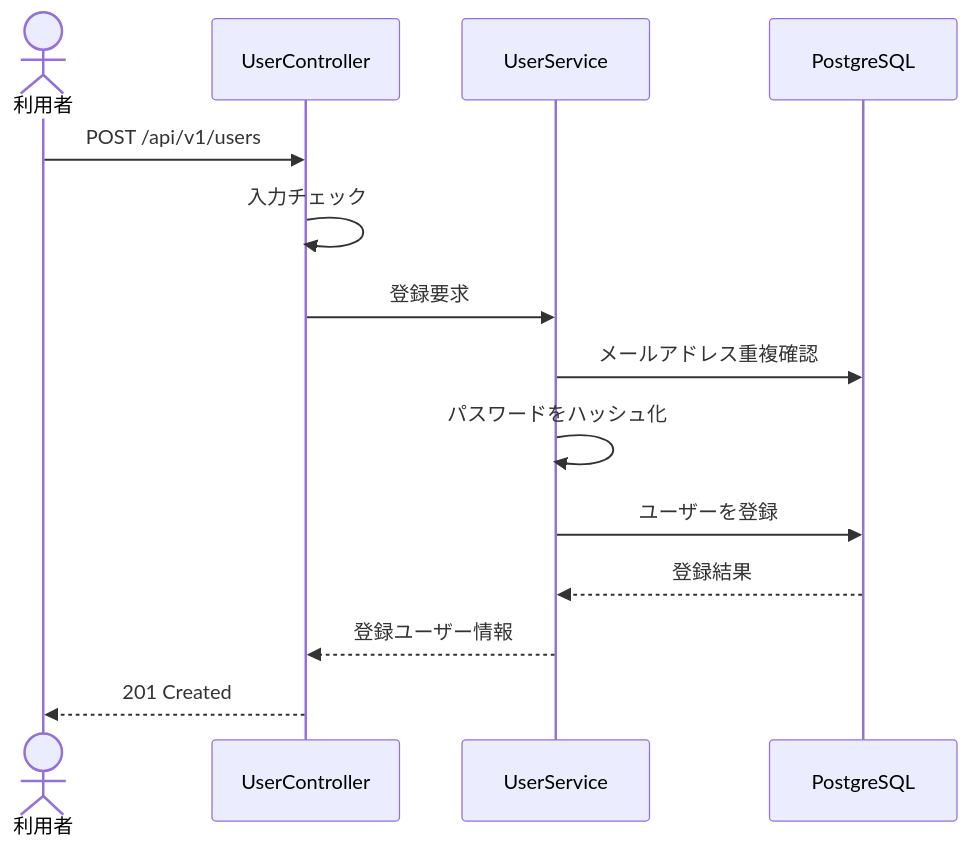
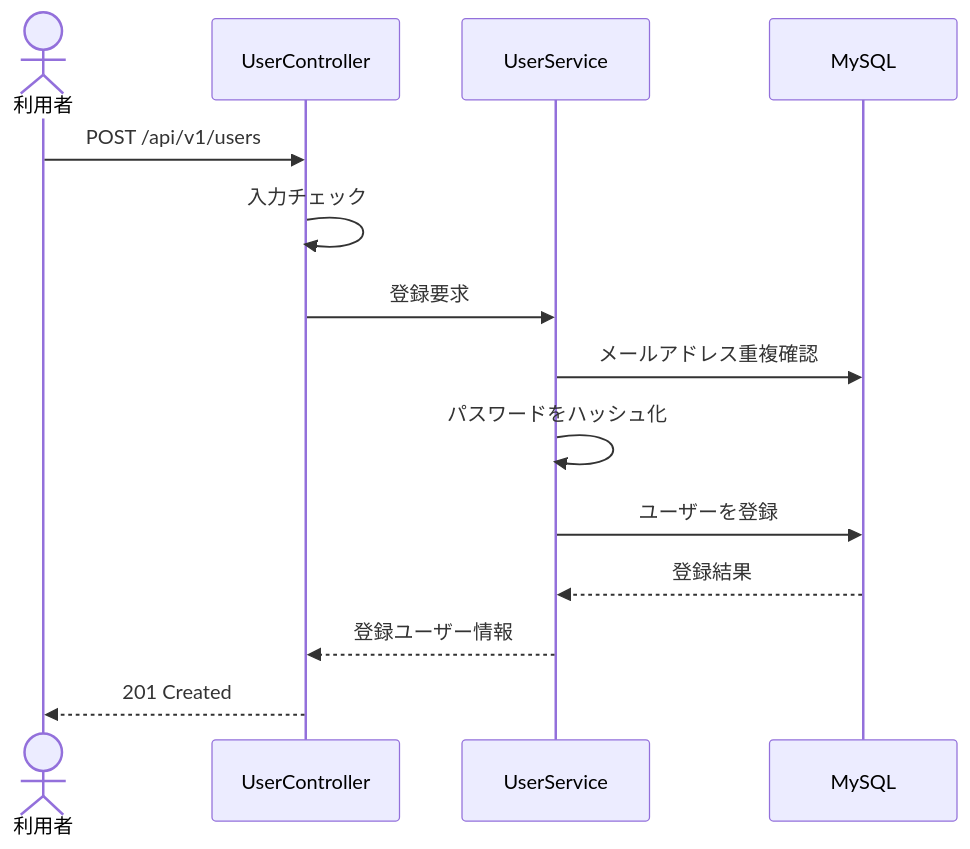
Before and after one commit to jaywong1024/user-management-system: the second of 2 diagrams in docs/基本設計書.md, drawn with Mermaid. The commit also changed other lines of this file and 24 other files, not shown here.

````diff
--- a/docs/基本設計書.md
+++ b/docs/基本設計書.md
@@ -83,17 +83,17 @@
 ```mermaid
 sequenceDiagram
     actor User as 利用者
     participant API as UserController
     participant Service as UserService
-    participant DB as PostgreSQL
+    participant DB as MySQL
 
     User->>API: POST /api/v1/users
     API->>API: 入力チェック
     API->>Service: 登録要求
     Service->>DB: メールアドレス重複確認
     Service->>Service: パスワードをハッシュ化
     Service->>DB: ユーザーを登録
     DB-->>Service: 登録結果
     Service-->>API: 登録ユーザー情報
     API-->>User: 201 Created
 ```
````
